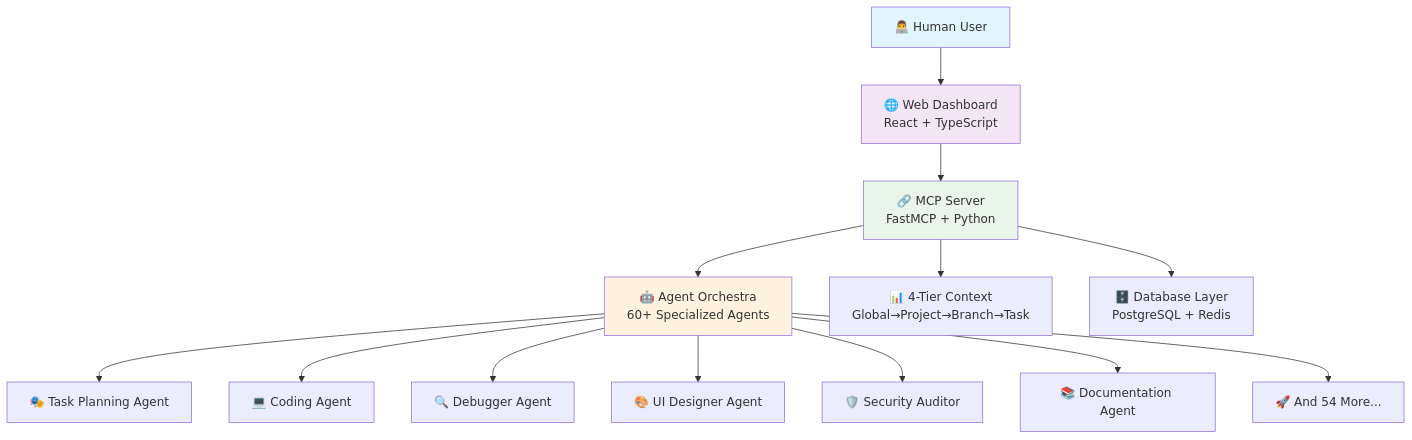
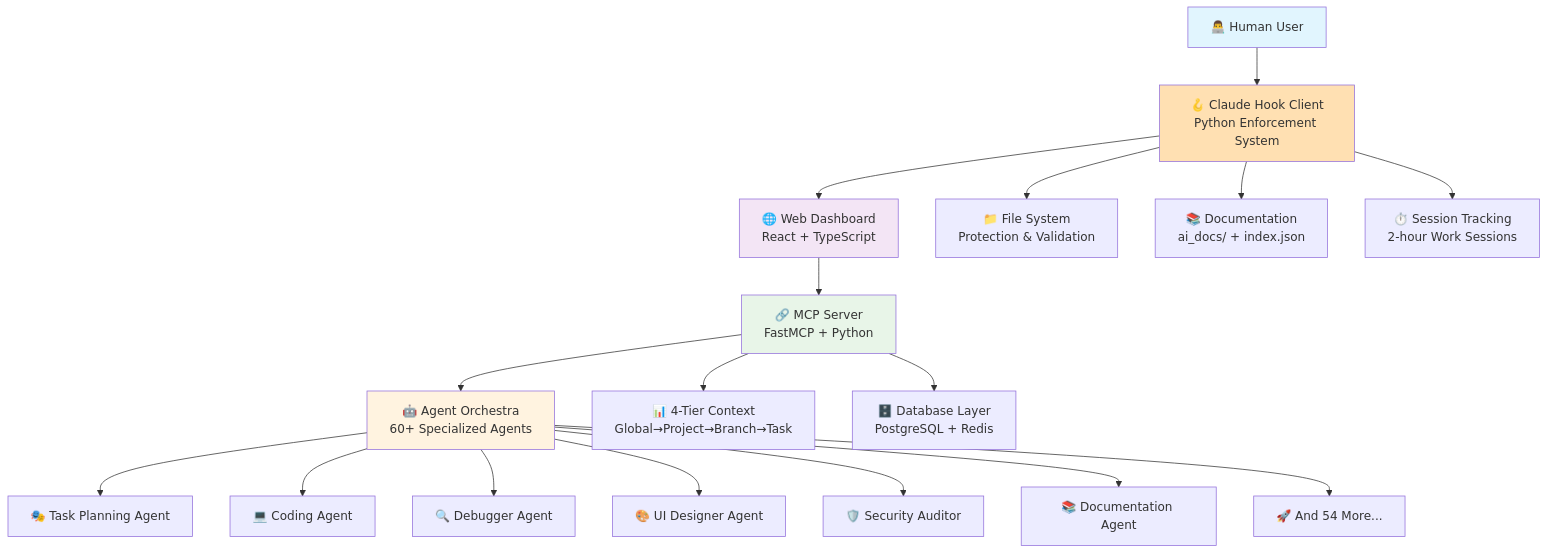
The diagram in README.md (phamhung075/4genthub), drawn with Mermaid before and after one commit. The commit also changed other lines of this file and 59 other files, not shown here.

First line of the commit message:
fix: update subproject commit status and enhance README architecture details

````diff
--- a/README.md
+++ b/README.md
@@ -88,21 +88,27 @@
 ```mermaid
 graph TD
-    A[👨‍💻 Human User] --> B[🌐 Web Dashboard<br/>React + TypeScript]
-    B --> C[🔗 MCP Server<br/>FastMCP + Python]
-    C --> D[🤖 Agent Orchestra<br/>60+ Specialized Agents]
-    C --> E[📊 4-Tier Context<br/>Global→Project→Branch→Task]
-    C --> F[🗄️ Database Layer<br/>PostgreSQL + Redis]
-    
-    D --> G[🎭 Task Planning Agent]
-    D --> H[💻 Coding Agent]
-    D --> I[🔍 Debugger Agent]
-    D --> J[🎨 UI Designer Agent]
-    D --> K[🛡️ Security Auditor]
-    D --> L[📚 Documentation Agent]
-    D --> M[🚀 And 54 More...]
-    
+    A[👨‍💻 Human User] --> B[🪝 Claude Hook Client<br/>Python Enforcement System]
+    B --> C[🌐 Web Dashboard<br/>React + TypeScript]
+    B --> D[📁 File System<br/>Protection & Validation]
+    B --> E[📚 Documentation<br/>ai_docs/ + index.json]
+    B --> F[⏱️ Session Tracking<br/>2-hour Work Sessions]
+
+    C --> G[🔗 MCP Server<br/>FastMCP + Python]
+    G --> H[🤖 Agent Orchestra<br/>60+ Specialized Agents]
+    G --> I[📊 4-Tier Context<br/>Global→Project→Branch→Task]
+    G --> J[🗄️ Database Layer<br/>PostgreSQL + Redis]
+
+    H --> K[🎭 Task Planning Agent]
+    H --> L[💻 Coding Agent]
+    H --> M[🔍 Debugger Agent]
+    H --> N[🎨 UI Designer Agent]
+    H --> O[🛡️ Security Auditor]
+    H --> P[📚 Documentation Agent]
+    H --> Q[🚀 And 54 More...]
+
     style A fill:#e1f5fe
-    style B fill:#f3e5f5
-    style C fill:#e8f5e8
-    style D fill:#fff3e0
+    style B fill:#ffe0b2
+    style C fill:#f3e5f5
+    style G fill:#e8f5e8
+    style H fill:#fff3e0
 ```
````
